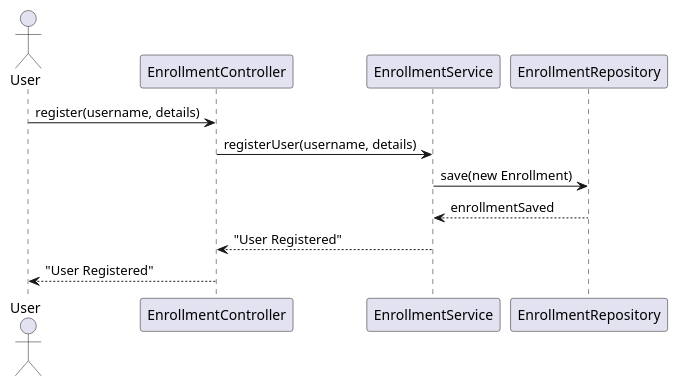
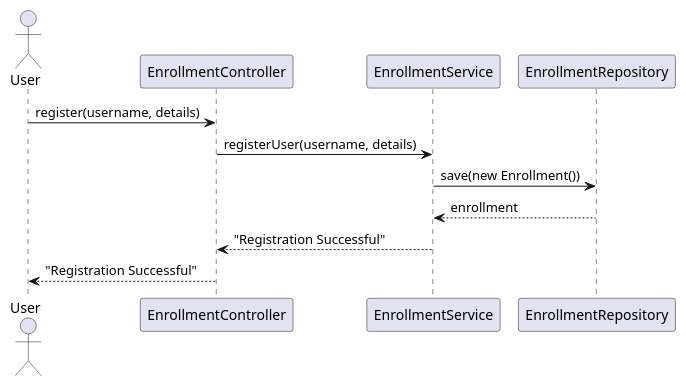
The first of 4 diagrams in enrollment/documentation/detaileddesign.adoc (Dinesh-s95/AutoDoc.ai), drawn with PlantUML before and after one commit. The commit also changed other lines of this file and 4 other files, not shown here.

```diff
--- a/enrollment/documentation/detaileddesign.adoc
+++ b/enrollment/documentation/detaileddesign.adoc
@@ -187,16 +186,16 @@
 [plantuml, user-registration-sequence, png]
 ----
 @startuml
 actor User
 participant "EnrollmentController" as Controller
 participant "EnrollmentService" as Service
 participant "EnrollmentRepository" as Repository
 
 User -> Controller : register(username, details)
 Controller -> Service : registerUser(username, details)
-Service -> Repository : save(new Enrollment)
-Repository --> Service : enrollmentSaved
-Service --> Controller : "User Registered"
-Controller --> User : "User Registered"
+Service -> Repository : save(new Enrollment())
+Repository --> Service : enrollment
+Service --> Controller : "Registration Successful"
+Controller --> User : "Registration Successful"
 @enduml
 ----
```
